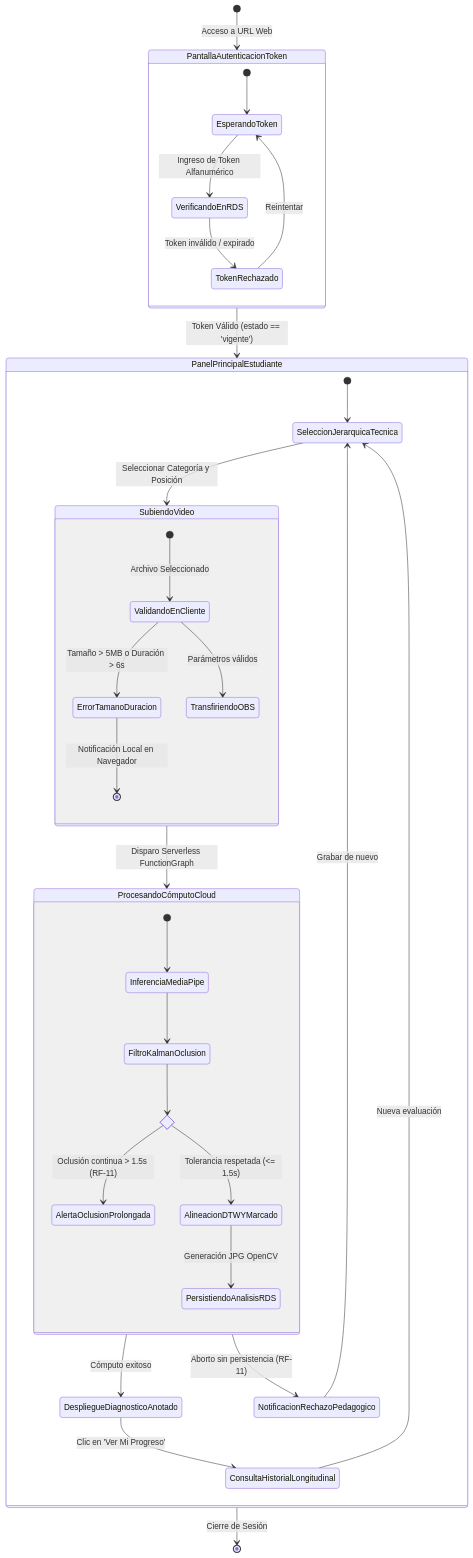
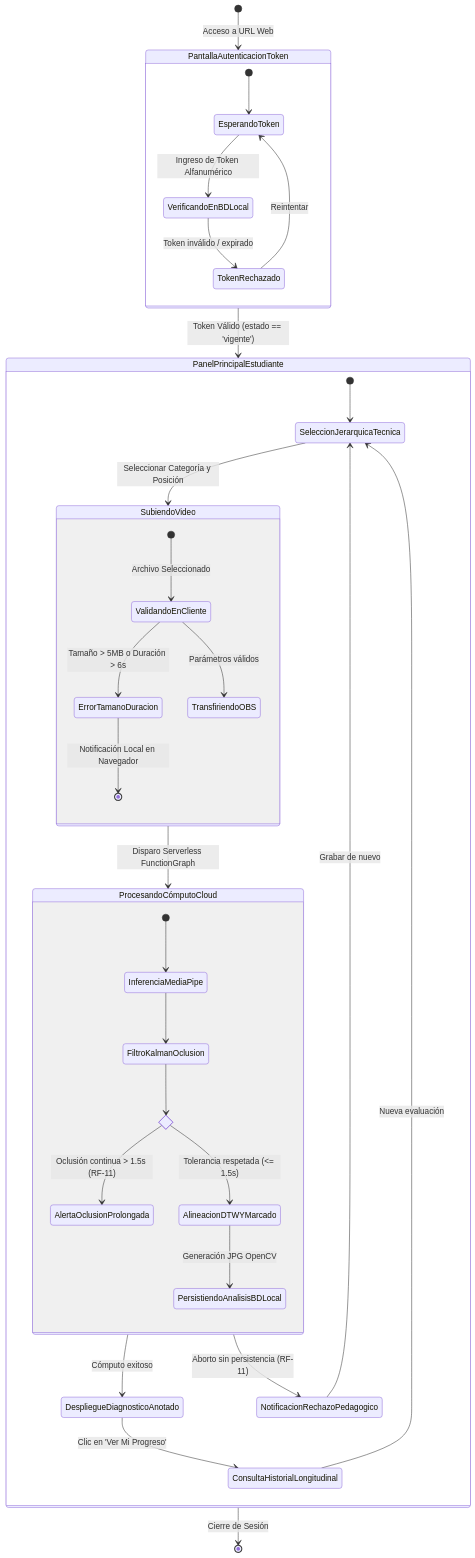
One commit to Tsmrain/JiuJitsu changed the tenth of 10 diagrams in README.md. Above: the diagram before and after it, drawn with Mermaid. The commit also changed other lines of this file, not shown here.

````diff
--- a/README.md
+++ b/README.md
@@ -1687,49 +1687,49 @@
 ```mermaid
 stateDiagram-v2
     [*] --> PantallaAutenticacionToken: Acceso a URL Web
 
     state PantallaAutenticacionToken {
         [*] --> EsperandoToken
-        EsperandoToken --> VerificandoEnRDS: Ingreso de Token Alfanumérico
-        VerificandoEnRDS --> TokenRechazado: Token inválido / expirado
+        EsperandoToken --> VerificandoEnBDLocal: Ingreso de Token Alfanumérico
+        VerificandoEnBDLocal --> TokenRechazado: Token inválido / expirado
         TokenRechazado --> EsperandoToken: Reintentar
     }
 
     PantallaAutenticacionToken --> PanelPrincipalEstudiante: Token Válido (estado == 'vigente')
 
     state PanelPrincipalEstudiante {
         [*] --> SeleccionJerarquicaTecnica
         SeleccionJerarquicaTecnica --> SubiendoVideo: Seleccionar Categoría y Posición
         
         state SubiendoVideo {
             [*] --> ValidandoEnCliente: Archivo Seleccionado
             ValidandoEnCliente --> ErrorTamanoDuracion: Tamaño > 5MB o Duración > 6s
             ErrorTamanoDuracion --> [*]: Notificación Local en Navegador
             ValidandoEnCliente --> TransfiriendoOBS: Parámetros válidos
         }
 
         SubiendoVideo --> ProcesandoCómputoCloud: Disparo Serverless FunctionGraph
 
         state ProcesandoCómputoCloud {
             [*] --> InferenciaMediaPipe
             InferenciaMediaPipe --> FiltroKalmanOclusion
             
             state DecisionOclusion <<choice>>
             FiltroKalmanOclusion --> DecisionOclusion
             
             DecisionOclusion --> AlertaOclusionProlongada: Oclusión continua > 1.5s (RF-11)
             DecisionOclusion --> AlineacionDTWYMarcado: Tolerancia respetada (<= 1.5s)
             
-            AlineacionDTWYMarcado --> PersistiendoAnalisisRDS: Generación JPG OpenCV
+            AlineacionDTWYMarcado --> PersistiendoAnalisisBDLocal: Generación JPG OpenCV
         }
 
         ProcesandoCómputoCloud --> DespliegueDiagnosticoAnotado: Cómputo exitoso
         ProcesandoCómputoCloud --> NotificacionRechazoPedagogico: Aborto sin persistencia (RF-11)
         
         DespliegueDiagnosticoAnotado --> ConsultaHistorialLongitudinal: Clic en 'Ver Mi Progreso'
         NotificacionRechazoPedagogico --> SeleccionJerarquicaTecnica: Grabar de nuevo
         ConsultaHistorialLongitudinal --> SeleccionJerarquicaTecnica: Nueva evaluación
     }
 
     PanelPrincipalEstudiante --> [*]: Cierre de Sesión
 ```
````
